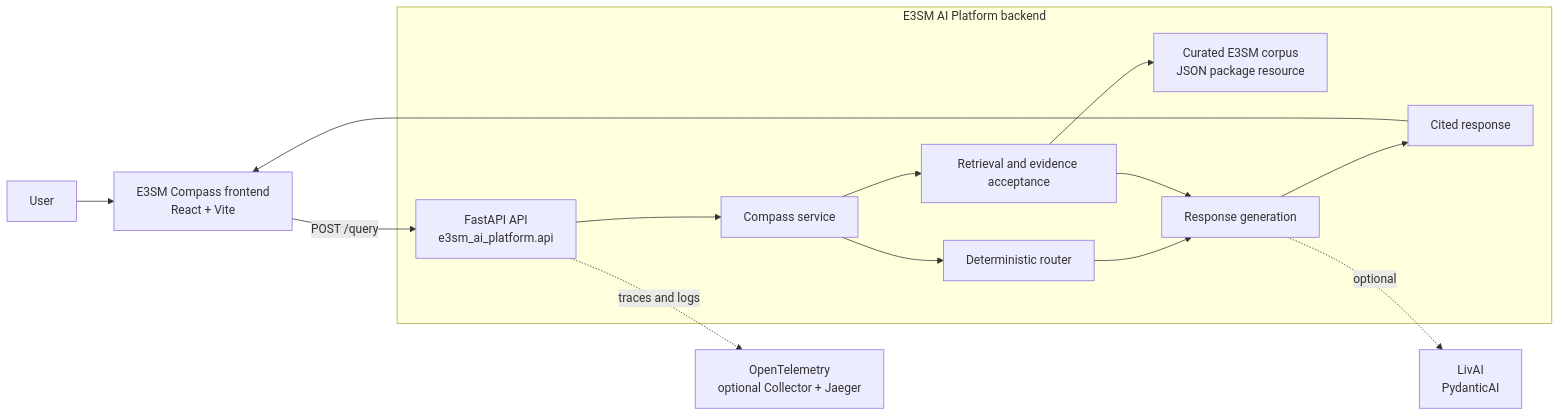
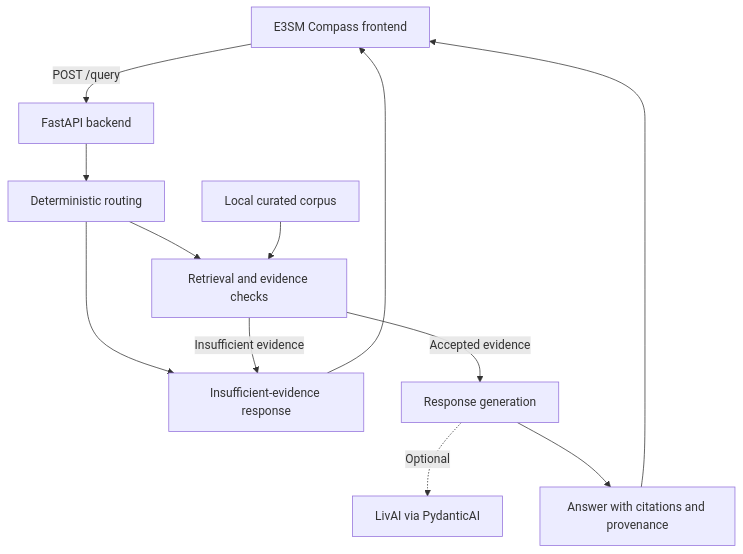
One commit to tomvothecoder/e3sm-ai-platform changed the diagram in README.md. Above: the diagram before and after it, drawn with Mermaid. The commit also changed other lines of this file and 8 other files, not shown here.

````diff
--- a/README.md
+++ b/README.md
@@ -102,19 +61,14 @@
 ```mermaid
-flowchart LR
-    User[User] --> UI[E3SM Compass frontend<br/>React + Vite]
-    UI -->|POST /query| API[FastAPI API<br/>e3sm_ai_platform.api]
-
-    subgraph Platform[E3SM AI Platform backend]
-        API --> Service[Compass service]
-        Service --> Router[Deterministic router]
-        Service --> Retrieval[Retrieval and evidence acceptance]
-        Retrieval --> Corpus[Curated E3SM corpus<br/>JSON package resource]
-        Router --> Generation[Response generation]
-        Retrieval --> Generation
-        Generation --> Response[Cited response]
-    end
-
-    Generation -. optional .-> LivAI[LivAI<br/>PydanticAI]
-    Response --> UI
-    API -. traces and logs .-> Telemetry[OpenTelemetry<br/>optional Collector + Jaeger]
+flowchart TD
+    UI["E3SM Compass frontend"] -->|POST /query| API["FastAPI backend"]
+    API --> Router["Deterministic routing"]
+    Router --> Retrieval["Retrieval and evidence checks"]
+    Corpus["Local curated corpus"] --> Retrieval
+    Router --> Insufficient["Insufficient-evidence response"]
+    Retrieval -->|Accepted evidence| Generation["Response generation"]
+    Retrieval -->|Insufficient evidence| Insufficient
+    Generation -. Optional .-> LivAI["LivAI via PydanticAI"]
+    Generation --> Answer["Answer with citations and provenance"]
+    Answer --> UI
+    Insufficient --> UI
 ```
````
